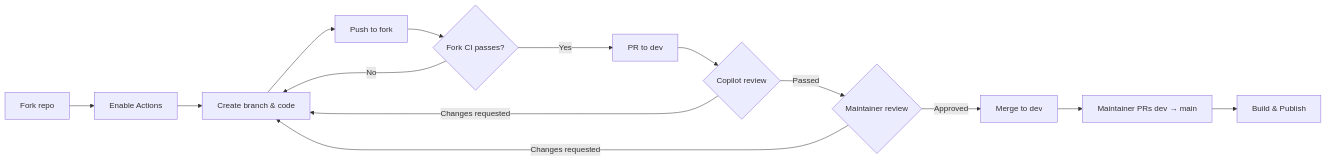
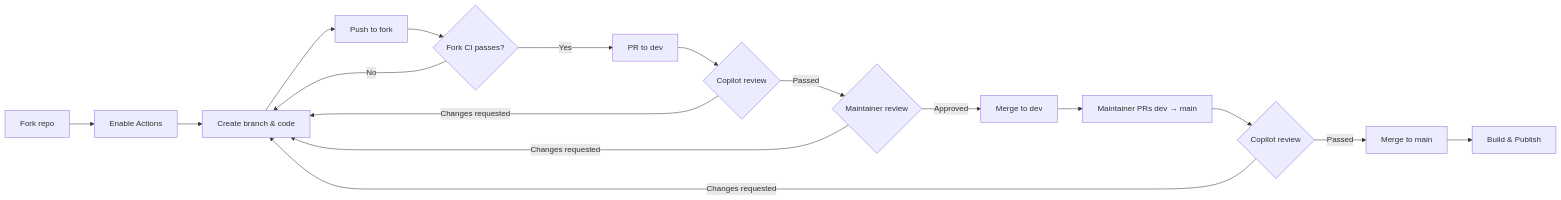
Before and after one commit to whw23/searxng_http_mcp: the diagram in CONTRIBUTING.md, drawn with Mermaid. The commit also changed other lines of this file, not shown here.

Commit message:
docs: add dev→main Copilot review step to workflow diagram

````diff
--- a/CONTRIBUTING.md
+++ b/CONTRIBUTING.md
@@ -7,16 +7,19 @@
 ```mermaid
 graph LR
     A[Fork repo] --> B[Enable Actions]
     B --> C[Create branch & code]
     C --> D[Push to fork]
     D --> E{Fork CI passes?}
     E -->|No| C
     E -->|Yes| F[PR to dev]
     F --> G{Copilot review}
     G -->|Changes requested| C
     G -->|Passed| H{Maintainer review}
     H -->|Changes requested| C
     H -->|Approved| I[Merge to dev]
     I --> J[Maintainer PRs dev → main]
-    J --> K[Build & Publish]
+    J --> K{Copilot review}
+    K -->|Changes requested| C
+    K -->|Passed| L[Merge to main]
+    L --> M[Build & Publish]
 ```
````
